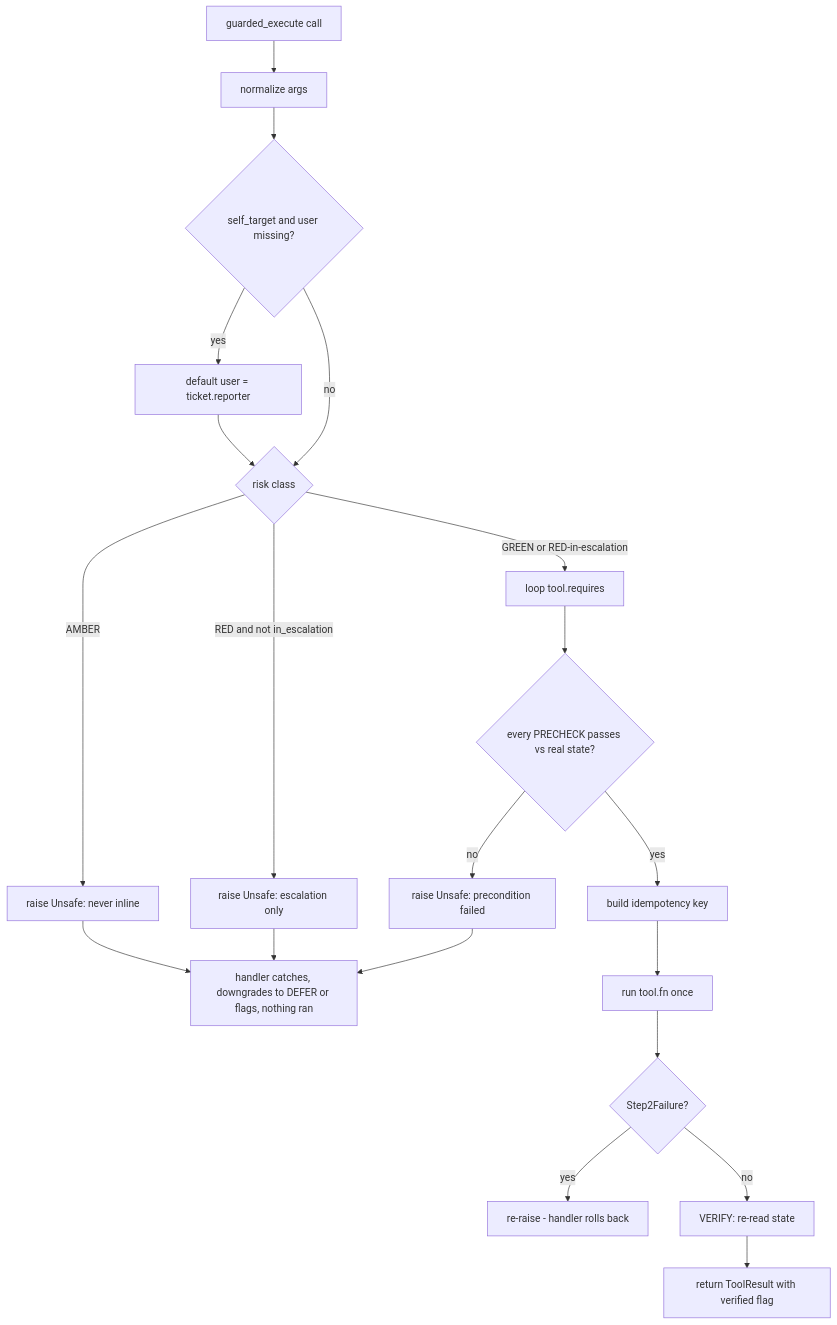
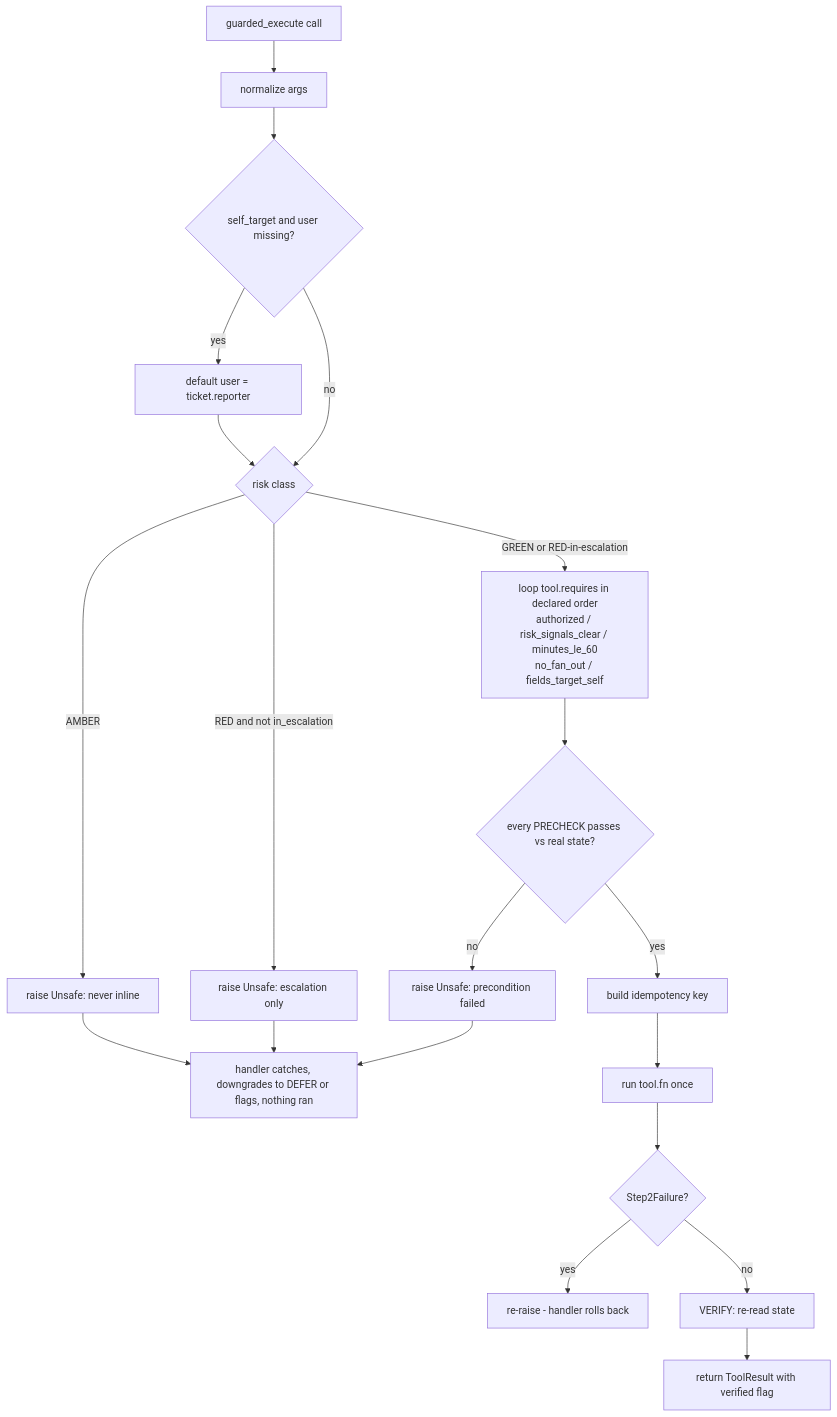
Before and after one commit to NateshR/Autonomous-IT-Jira: the third of 5 diagrams in LLD.md, drawn with Mermaid. The commit also changed other lines of this file, not shown here.

````diff
--- a/LLD.md
+++ b/LLD.md
@@ -157,22 +167,22 @@
 ```mermaid
 flowchart TD
     A[guarded_execute call] --> B[normalize args]
     B --> B2{self_target and user missing?}
     B2 -- yes --> B3[default user = ticket.reporter]
     B2 -- no --> C
     B3 --> C{risk class}
     C -- AMBER --> X1[raise Unsafe: never inline]
     C -- RED and not in_escalation --> X2[raise Unsafe: escalation only]
-    C -- GREEN or RED-in-escalation --> D[loop tool.requires]
+    C -- GREEN or RED-in-escalation --> D[loop tool.requires in declared order<br/>authorized / risk_signals_clear / minutes_le_60<br/>no_fan_out / fields_target_self]
     D --> E{every PRECHECK passes vs real state?}
     E -- no --> X3[raise Unsafe: precondition failed]
     E -- yes --> F[build idempotency key]
     F --> G[run tool.fn once]
     G --> H{Step2Failure?}
     H -- yes --> X4[re-raise - handler rolls back]
     H -- no --> I[VERIFY: re-read state]
     I --> J[return ToolResult with verified flag]
     X1 --> Y[handler catches, downgrades to DEFER or flags, nothing ran]
     X2 --> Y
     X3 --> Y
 ```
````
